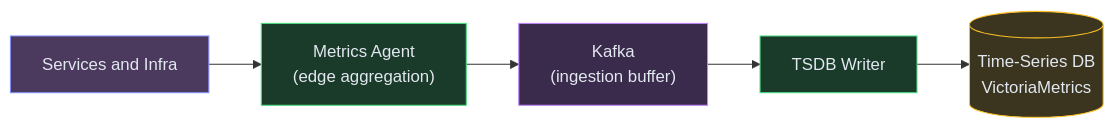
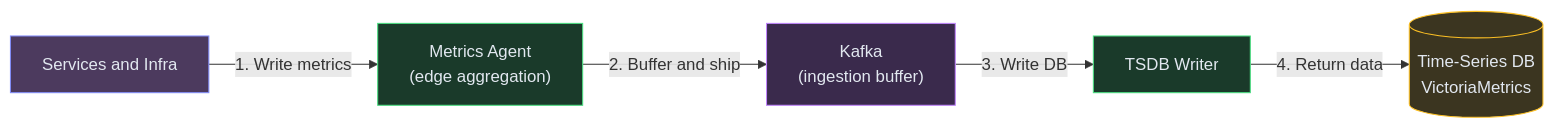
The second of 7 diagrams in content/hld/MetricsMonitoring.md (iluzn/HLD-Designs), drawn with Mermaid before and after one commit. The commit also changed other lines of this file and 27 other files, not shown here.

````diff
--- a/content/hld/MetricsMonitoring.md
+++ b/content/hld/MetricsMonitoring.md
@@ -173,18 +173,18 @@
 ```mermaid
 flowchart LR
     APPS["Services and Infra"]:::client
     AGENT["Metrics Agent<br/>(edge aggregation)"]:::service
     KAFKA["Kafka<br/>(ingestion buffer)"]:::async
     WRITER["TSDB Writer"]:::service
     TSDB[("Time-Series DB<br/>VictoriaMetrics")]:::data
 
-    APPS --> AGENT
-    AGENT --> KAFKA
-    KAFKA --> WRITER
-    WRITER --> TSDB
+    APPS -->|"1. Write metrics"| AGENT
+    AGENT -->|"2. Buffer and ship"| KAFKA
+    KAFKA -->|"3. Write DB"| WRITER
+    WRITER -->|"4. Return data"| TSDB
 
     classDef client fill:#4c3a5e,stroke:#818cf8,color:#e2e8f0
     classDef service fill:#1a3a2a,stroke:#4ade80,color:#e2e8f0
     classDef data fill:#3b3520,stroke:#fbbf24,color:#e2e8f0
     classDef async fill:#3a2a4c,stroke:#c084fc,color:#e2e8f0
 ```
````
